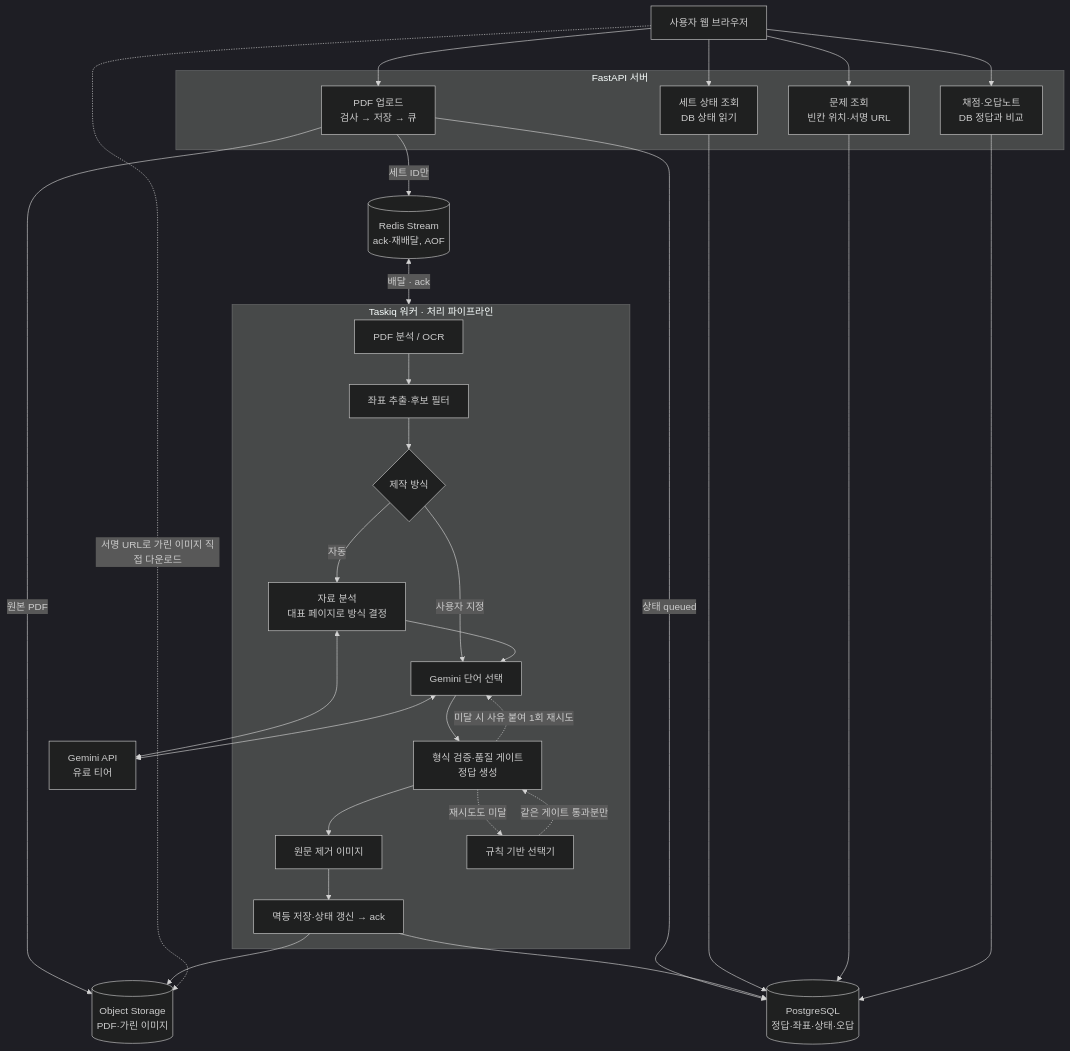
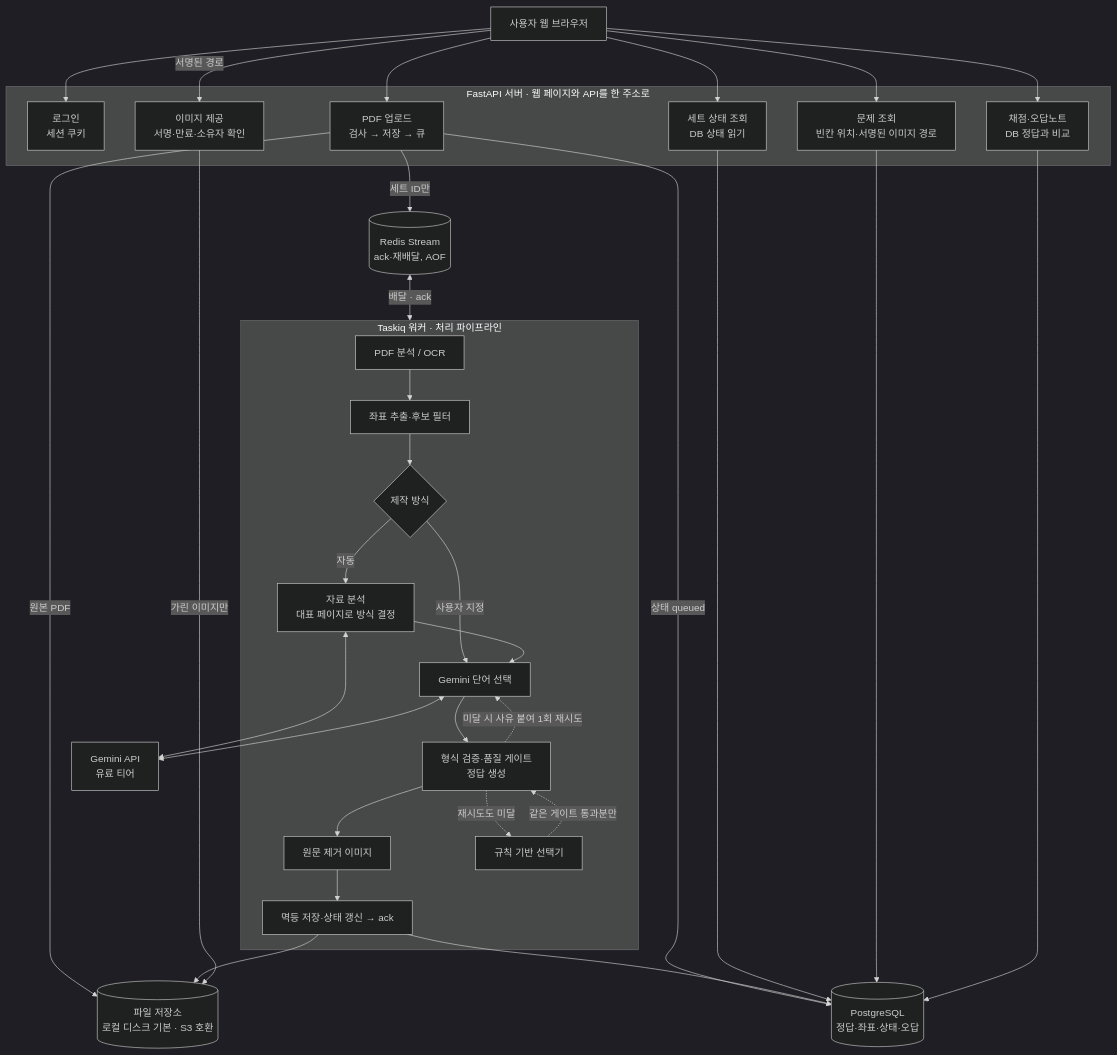
Before and after one commit to best-vibing/cloze: the diagram in docs/architecture.md, drawn with Mermaid (dark theme). The commit also changed other lines of this file and 3 other files, not shown here.

````diff
--- a/docs/architecture.md
+++ b/docs/architecture.md
@@ -13,44 +13,47 @@
 ```mermaid
 flowchart TB
     B[사용자 웹 브라우저]
 
-    subgraph API[FastAPI 서버]
+    subgraph API[FastAPI 서버 · 웹 페이지와 API를 한 주소로]
+        L[로그인<br/>세션 쿠키]
         U[PDF 업로드<br/>검사 → 저장 → 큐]
         S[세트 상태 조회<br/>DB 상태 읽기]
-        Q[문제 조회<br/>빈칸 위치·서명 URL]
+        Q[문제 조회<br/>빈칸 위치·서명된 이미지 경로]
         G[채점·오답노트<br/>DB 정답과 비교]
+        I[이미지 제공<br/>서명·만료·소유자 확인]
     end
 
     R[(Redis Stream<br/>ack·재배달, AOF)]
-    OS[(Object Storage<br/>PDF·가린 이미지)]
+    OS[(파일 저장소<br/>로컬 디스크 기본 · S3 호환)]
     PG[(PostgreSQL<br/>정답·좌표·상태·오답)]
     GM[Gemini API<br/>유료 티어]
 
     subgraph W[Taskiq 워커 · 처리 파이프라인]
         P1[PDF 분석 / OCR] --> P2[좌표 추출·후보 필터]
         P2 --> PA{제작 방식}
         PA -->|자동| P2A[자료 분석<br/>대표 페이지로 방식 결정]
         PA -->|사용자 지정| P3
         P2A --> P3[Gemini 단어 선택]
         P3 --> P4[형식 검증·품질 게이트<br/>정답 생성]
         P4 --> P5[원문 제거 이미지]
         P5 --> P6[멱등 저장·상태 갱신 → ack]
         P4 -. 미달 시 사유 붙여 1회 재시도 .-> P3
         P4 -. 재시도도 미달 .-> FB[규칙 기반 선택기]
         FB -. 같은 게이트 통과분만 .-> P4
     end
 
-    B --> U & S & Q & G
+    B --> L & U & S & Q & G
     U -->|원본 PDF| OS
     U -->|상태 queued| PG
     U -->|세트 ID만| R
     R <-->|배달 · ack| W
     P2A <--> GM
     P3 <--> GM
     P6 --> PG
     P6 --> OS
     S --> PG
     Q --> PG
     G --> PG
-    B -. 서명 URL로 가린 이미지 직접 다운로드 .-> OS
+    B -->|서명된 경로| I
+    I -->|가린 이미지만| OS
 ```
````
